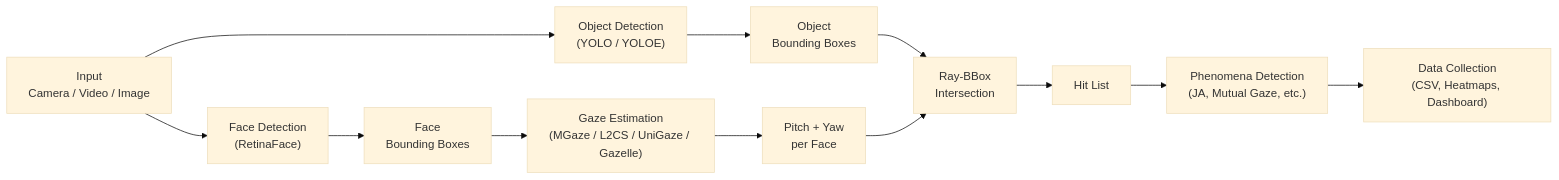
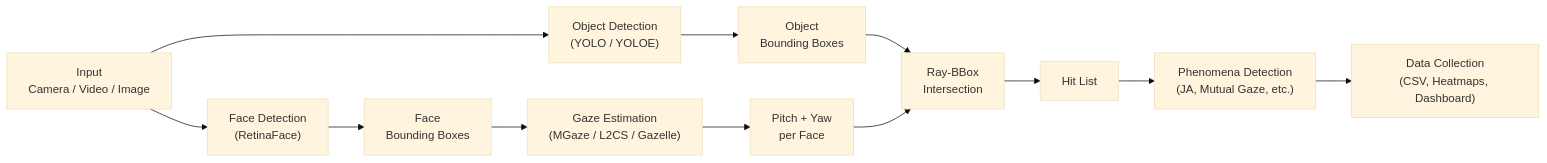
The diagram in docs/index.md (kylen-d/mindsight), drawn with Mermaid (base theme) before and after one commit. The commit also changed other lines of this file and 13 other files, not shown here.

Commit message:
Remove UniGaze backend -- never loaded reliably, superseded by L2CS/Gazelle

````diff
--- a/docs/index.md
+++ b/docs/index.md
@@ -17,14 +17,14 @@
 ```mermaid
 flowchart LR
     A["Input\nCamera / Video / Image"] --> B["Object Detection\n(YOLO / YOLOE)"]
     A --> C["Face Detection\n(RetinaFace)"]
     B --> D["Object\nBounding Boxes"]
     C --> E["Face\nBounding Boxes"]
-    E --> F["Gaze Estimation\n(MGaze / L2CS / UniGaze / Gazelle)"]
+    E --> F["Gaze Estimation\n(MGaze / L2CS / Gazelle)"]
     F --> G["Pitch + Yaw\nper Face"]
     D --> H["Ray-BBox\nIntersection"]
     G --> H
     H --> I["Hit List"]
     I --> J["Phenomena Detection\n(JA, Mutual Gaze, etc.)"]
     J --> K["Data Collection\n(CSV, Heatmaps, Dashboard)"]
 ```
````
